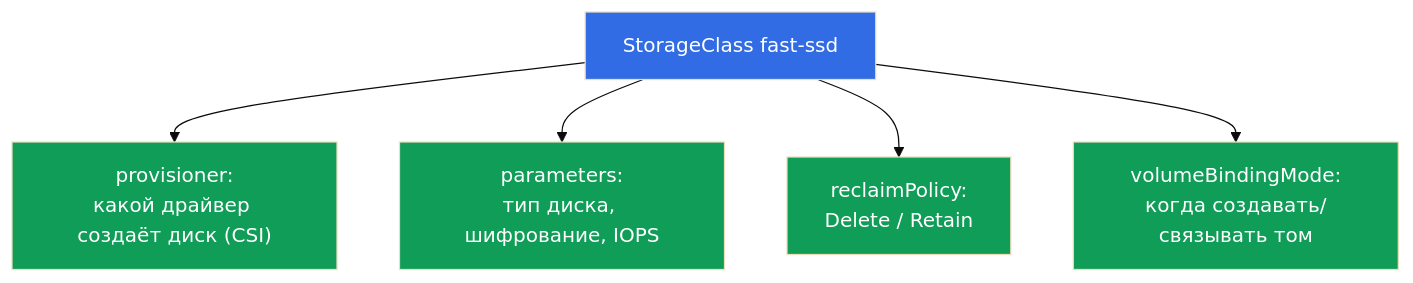
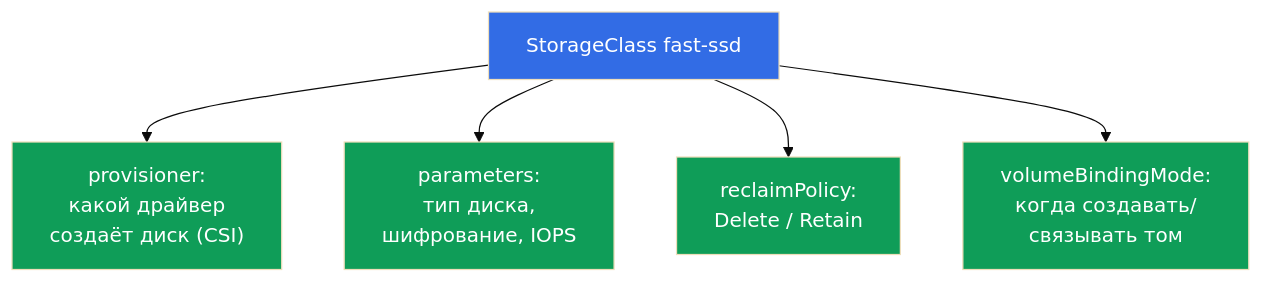
The second of 7 diagrams in tasks/cka/course/26/ru.md (ViktorUJ/cks), drawn with Mermaid (base theme) before and after one commit. The commit also changed other lines of this file and 30 other files, not shown here.

````diff
--- a/tasks/cka/course/26/ru.md
+++ b/tasks/cka/course/26/ru.md
@@ -54,13 +54,13 @@
 ```mermaid
 flowchart TB
     sc["StorageClass fast-ssd"]
-    sc --> p1["provisioner:<br>какой драйвер создаёт диск (CSI)"]
-    sc --> p2["parameters:<br>тип диска, шифрование, IOPS"]
+    sc --> p1["provisioner:<br>какой драйвер<br>создаёт диск (CSI)"]
+    sc --> p2["parameters:<br>тип диска,<br>шифрование, IOPS"]
     sc --> p3["reclaimPolicy:<br>Delete / Retain"]
-    sc --> p4["volumeBindingMode:<br>когда создавать/связывать том"]
+    sc --> p4["volumeBindingMode:<br>когда создавать/<br>связывать том"]
     style sc fill:#326ce5,color:#fff
     style p1 fill:#0f9d58,color:#fff
     style p2 fill:#0f9d58,color:#fff
     style p3 fill:#0f9d58,color:#fff
     style p4 fill:#0f9d58,color:#fff
 ```
````
